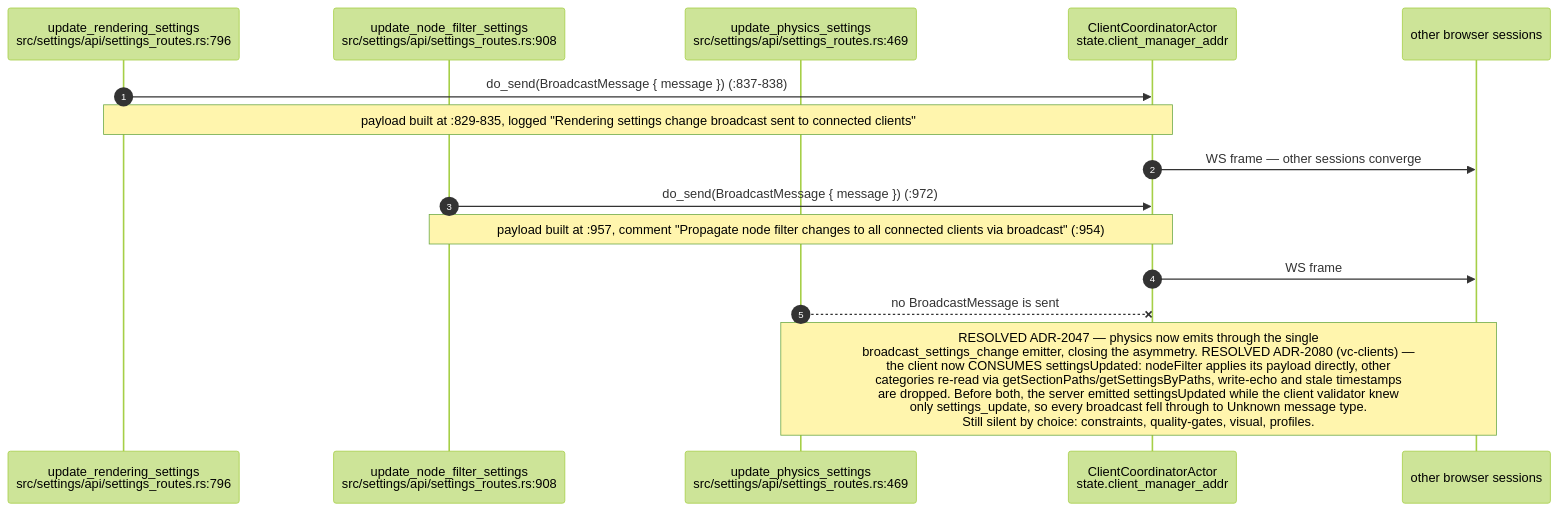
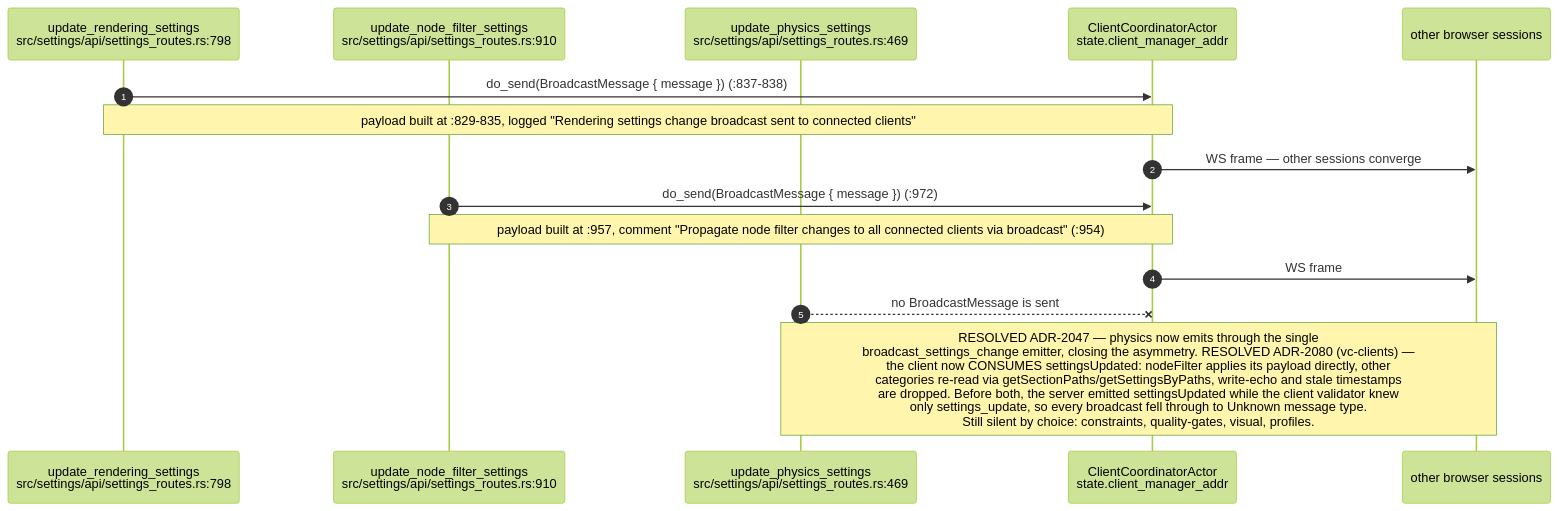
The fourth of 10 diagrams in docs/diagrams/visionclaw/06-settings-round-trip.md (DreamLab-AI/AR-AI-Knowledge-Graph), drawn with Mermaid (forest theme) before and after one commit. The commit also changed other lines of this file and 73 other files, not shown here.

First line of the commit message:
docs(diagrams): re-verify all 71 topic files against HEAD; add --cite-check

````diff
--- a/docs/diagrams/visionclaw/06-settings-round-trip.md
+++ b/docs/diagrams/visionclaw/06-settings-round-trip.md
@@ -143,18 +143,18 @@
 ```mermaid
 sequenceDiagram
     autonumber
-    participant H1 as update_rendering_settings<br/>src/settings/api/settings_routes.rs:796
-    participant H2 as update_node_filter_settings<br/>src/settings/api/settings_routes.rs:908
+    participant H1 as update_rendering_settings<br/>src/settings/api/settings_routes.rs:798
+    participant H2 as update_node_filter_settings<br/>src/settings/api/settings_routes.rs:910
     participant H3 as update_physics_settings<br/>src/settings/api/settings_routes.rs:469
     participant CC as ClientCoordinatorActor<br/>state.client_manager_addr
     participant B as other browser sessions
 
     H1->>CC: do_send(BroadcastMessage { message }) (:837-838)
     Note over H1,CC: payload built at :829-835, logged "Rendering settings change broadcast sent to connected clients"
     CC->>B: WS frame — other sessions converge
     H2->>CC: do_send(BroadcastMessage { message }) (:972)
     Note over H2,CC: payload built at :957, comment "Propagate node filter changes to all connected clients via broadcast" (:954)
     CC->>B: WS frame
     H3--xCC: no BroadcastMessage is sent
     Note over H3,B: RESOLVED ADR-2047 — physics now emits through the single<br/>broadcast_settings_change emitter, closing the asymmetry. RESOLVED ADR-2080 (vc-clients) —<br/>the client now CONSUMES settingsUpdated: nodeFilter applies its payload directly, other<br/>categories re-read via getSectionPaths/getSettingsByPaths, write-echo and stale timestamps<br/>are dropped. Before both, the server emitted settingsUpdated while the client validator knew<br/>only settings_update, so every broadcast fell through to Unknown message type.<br/>Still silent by choice: constraints, quality-gates, visual, profiles.
 ```
````
